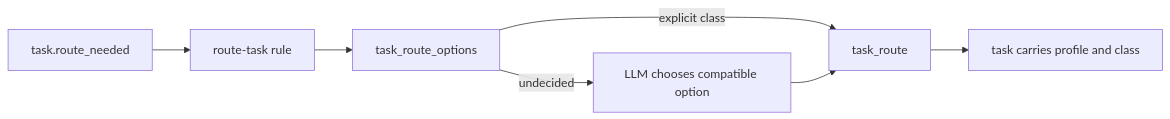
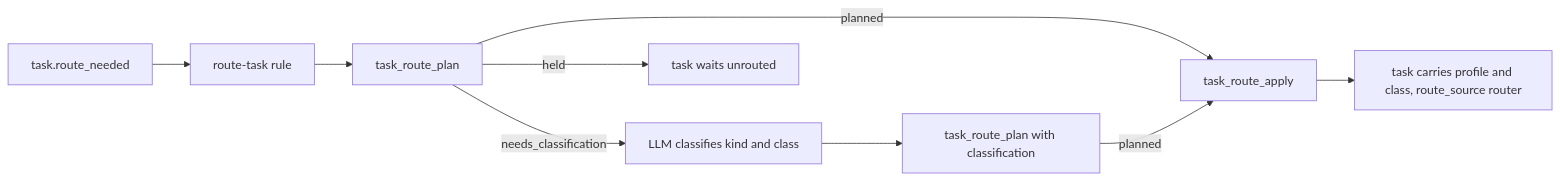
One commit to ElectricJack/agent-queue changed the diagram in docs/concepts/playbooks.md. Above: the diagram before and after it, drawn with Mermaid. The commit also changed other lines of this file and 55 other files, not shown here.

````diff
--- a/docs/concepts/playbooks.md
+++ b/docs/concepts/playbooks.md
@@ -22,9 +22,11 @@
 ```mermaid
 flowchart LR
     E[task.route_needed] --> R[route-task rule]
-    R --> O[task_route_options]
-    O -->|undecided| L[LLM chooses compatible option]
-    O -->|explicit class| C[task_route]
-    L --> C
-    C --> A[task carries profile and class]
+    R --> P[task_route_plan]
+    P -->|needs_classification| L[LLM classifies kind and class]
+    L --> P2[task_route_plan with classification]
+    P -->|planned| A[task_route_apply]
+    P2 -->|planned| A
+    P -->|held| H[task waits unrouted]
+    A --> T[task carries profile and class, route_source router]
 ```
````
